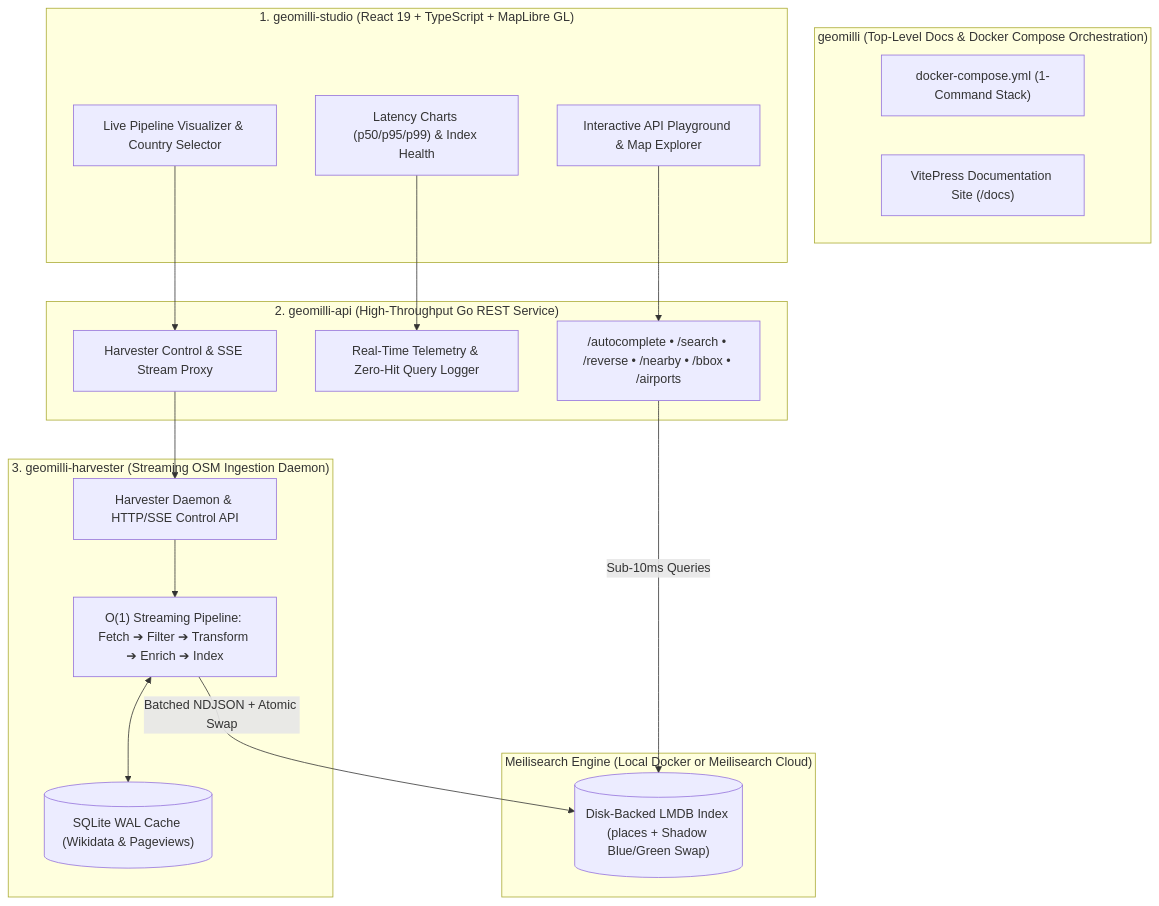
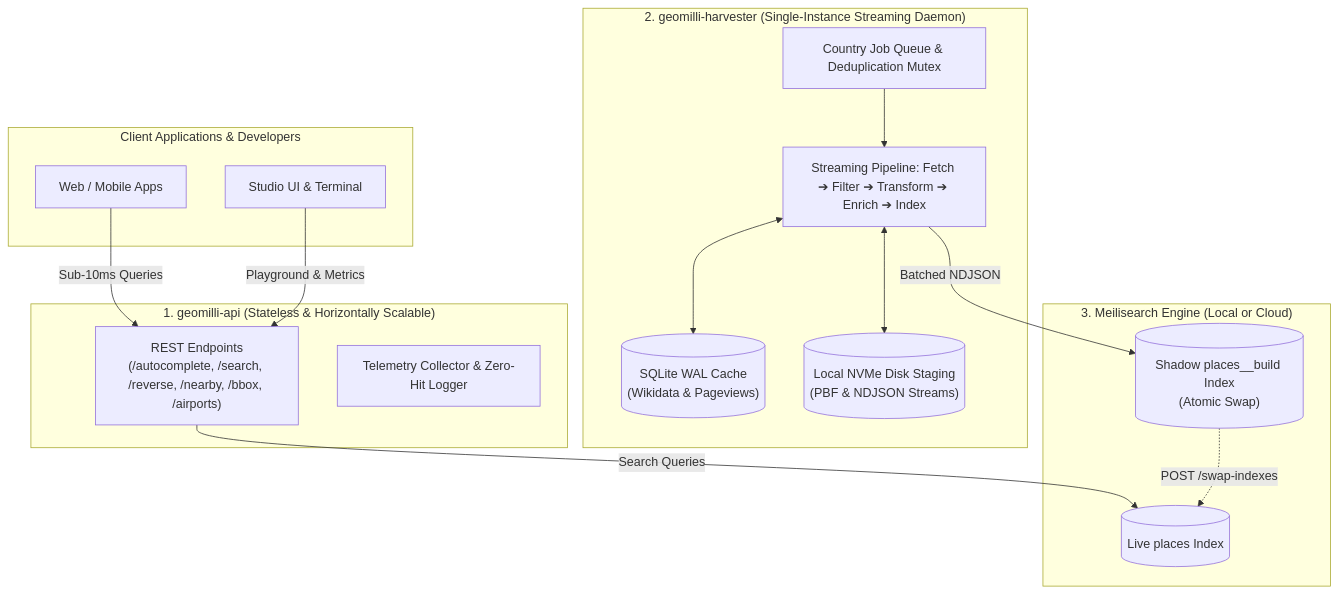
One commit to obaid22192/geomilli changed the diagram in README.md. Above: the diagram before and after it, drawn with Mermaid. The commit also changed other lines of this file and 116 other files, not shown here.

Commit message:
docs: reorder README for API-first architecture, add scaling limits, and update docs

````diff
--- a/README.md
+++ b/README.md
@@ -65,38 +49,33 @@
 ```mermaid
 flowchart TB
-    subgraph Umbrella["geomilli (Top-Level Docs & Docker Compose Orchestration)"]
-        Compose["docker-compose.yml (1-Command Stack)"]
-        DocsSite["VitePress Documentation Site (/docs)"]
+    subgraph Clients["Client Applications & Developers"]
+        Web["Web / Mobile Apps"]
+        Dev["Studio UI & Terminal"]
     end
 
-    subgraph Studio["1. geomilli-studio (React 19 + TypeScript + MapLibre GL)"]
-        Playground["Interactive API Playground & Map Explorer"]
-        ImporterUI["Live Pipeline Visualizer & Country Selector"]
-        TelemetryUI["Latency Charts (p50/p95/p99) & Index Health"]
+    subgraph API["1. geomilli-api (Stateless & Horizontally Scalable)"]
+        Endpoints["REST Endpoints<br/>(/autocomplete, /search, /reverse, /nearby, /bbox, /airports)"]
+        Telemetry["Telemetry Collector & Zero-Hit Logger"]
     end
 
-    subgraph API["2. geomilli-api (High-Throughput Go REST Service)"]
-        GeoEndpoints["/autocomplete • /search • /reverse • /nearby • /bbox • /airports"]
-        MetricsCollector["Real-Time Telemetry & Zero-Hit Query Logger"]
-        ProxyDaemon["Harvester Control & SSE Stream Proxy"]
+    subgraph Harvester["2. geomilli-harvester (Single-Instance Streaming Daemon)"]
+        Queue["Country Job Queue & Deduplication Mutex"]
+        StreamEngine["Streaming Pipeline: Fetch ➔ Filter ➔ Transform ➔ Enrich ➔ Index"]
+        SQLiteCache[("SQLite WAL Cache<br/>(Wikidata & Pageviews)")]
+        DiskStaging[("Local NVMe Disk Staging<br/>(PBF & NDJSON Streams)")]
     end
 
-    subgraph Harvester["3. geomilli-harvester (Streaming OSM Ingestion Daemon)"]
-        JobRunner["Harvester Daemon & HTTP/SSE Control API"]
-        StreamEngine["O(1) Streaming Pipeline: Fetch ➔ Filter ➔ Transform ➔ Enrich ➔ Index"]
-        SQLiteCache[("SQLite WAL Cache (Wikidata & Pageviews)")]
+    subgraph Meili["3. Meilisearch Engine (Local or Cloud)"]
+        LiveIndex[("Live places Index")]
+        ShadowIndex[("Shadow places__build Index<br/>(Atomic Swap)")]
     end
 
-    subgraph Meili["Meilisearch Engine (Local Docker or Meilisearch Cloud)"]
-        LMDBStore[("Disk-Backed LMDB Index (places + Shadow Blue/Green Swap)")]
-    end
-
-    Playground --> GeoEndpoints
-    ImporterUI --> ProxyDaemon
-    TelemetryUI --> MetricsCollector
-    ProxyDaemon --> JobRunner
-    JobRunner --> StreamEngine
+    Web -->|"Sub-10ms Queries"| Endpoints
+    Dev -->|"Playground & Metrics"| Endpoints
+    Endpoints -->|"Search Queries"| LiveIndex
+    Queue --> StreamEngine
     StreamEngine <--> SQLiteCache
-    StreamEngine -->|"Batched NDJSON + Atomic Swap"| LMDBStore
-    GeoEndpoints -->|"Sub-10ms Queries"| LMDBStore
+    StreamEngine <--> DiskStaging
+    StreamEngine -->|"Batched NDJSON"| ShadowIndex
+    ShadowIndex -.->|"POST /swap-indexes"| LiveIndex
 ```
````
